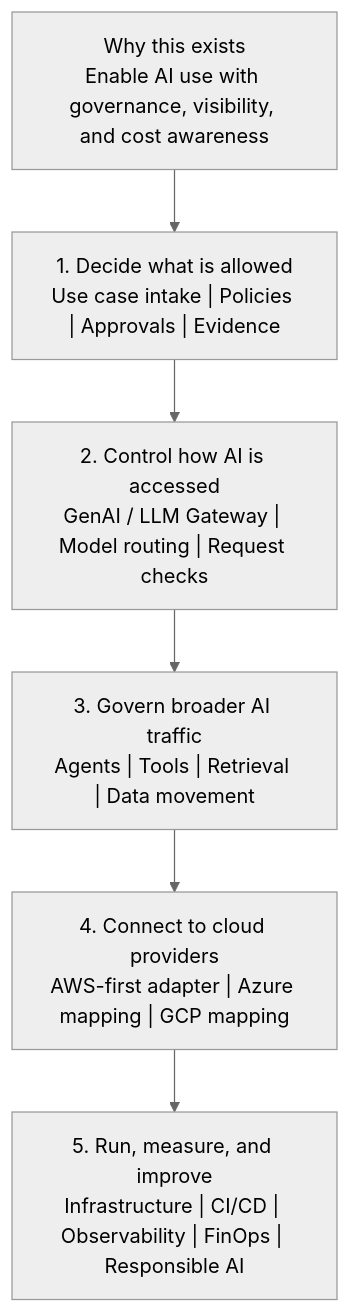
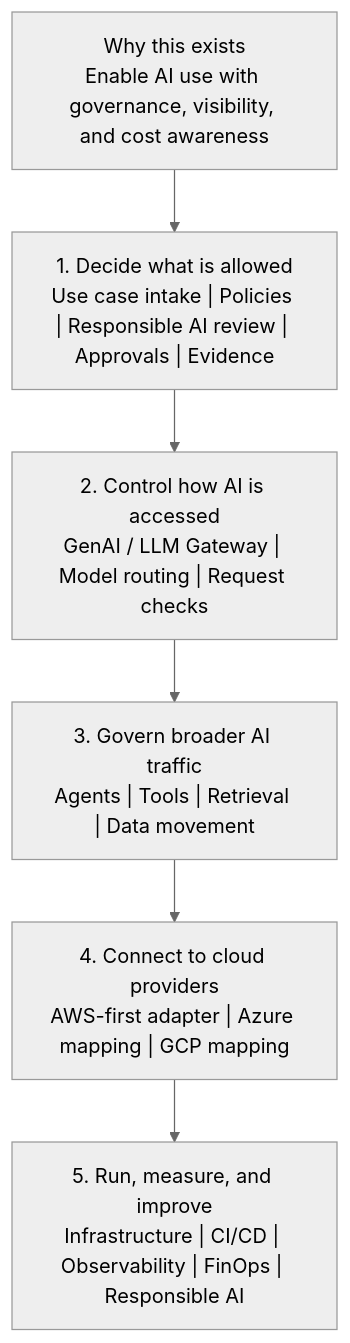
The first of 4 diagrams in docs/architecture.md (afaryy/cloudai-platform), drawn with Mermaid (neutral theme) before and after one commit. The commit also changed other lines of this file, not shown here.

Commit message:
docs(p1-architecture): include responsible ai review layer

````diff
--- a/docs/architecture.md
+++ b/docs/architecture.md
@@ -15,20 +15,20 @@
 ```mermaid
 flowchart TB
   purpose["Why this exists<br/>Enable AI use with governance, visibility, and cost awareness"]
 
-  decide["1. Decide what is allowed<br/>Use case intake | Policies | Approvals | Evidence"]
+  decide["1. Decide what is allowed<br/>Use case intake | Policies | Responsible AI review | Approvals | Evidence"]
 
   access["2. Control how AI is accessed<br/>GenAI / LLM Gateway | Model routing | Request checks"]
 
   govern["3. Govern broader AI traffic<br/>Agents | Tools | Retrieval | Data movement"]
 
   connect["4. Connect to cloud providers<br/>AWS-first adapter | Azure mapping | GCP mapping"]
 
   operate["5. Run, measure, and improve<br/>Infrastructure | CI/CD | Observability | FinOps | Responsible AI"]
 
   purpose --> decide
   decide --> access
   access --> govern
   govern --> connect
   connect --> operate
 ```
````
